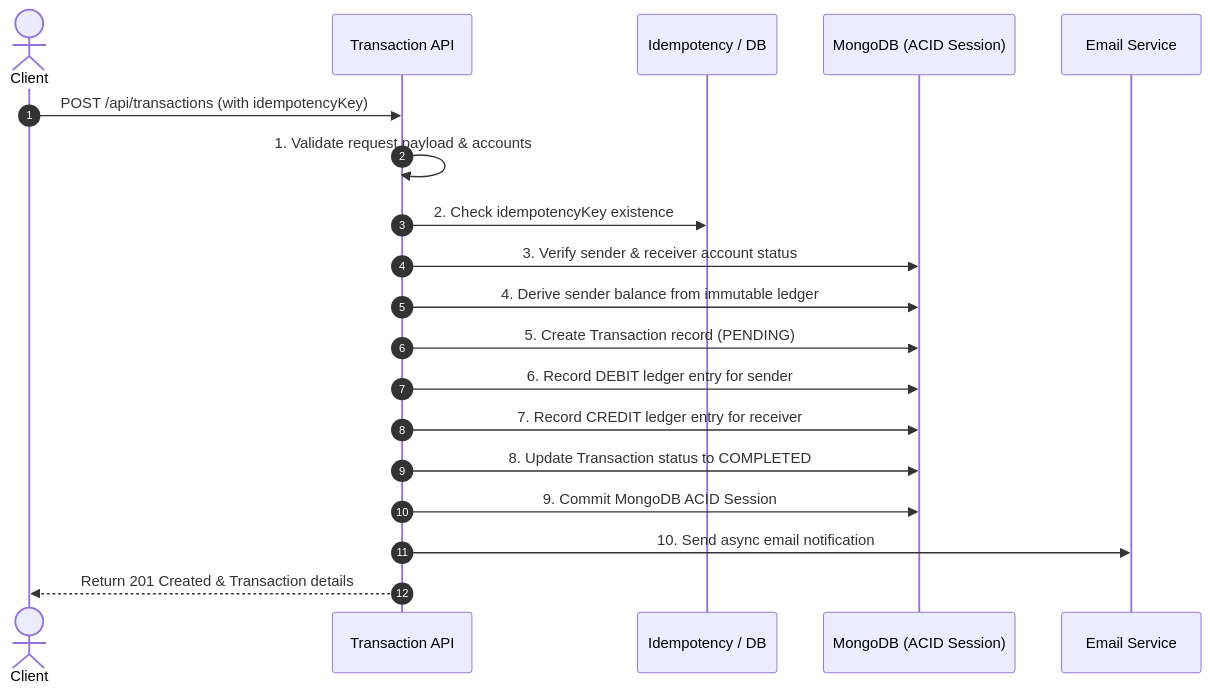
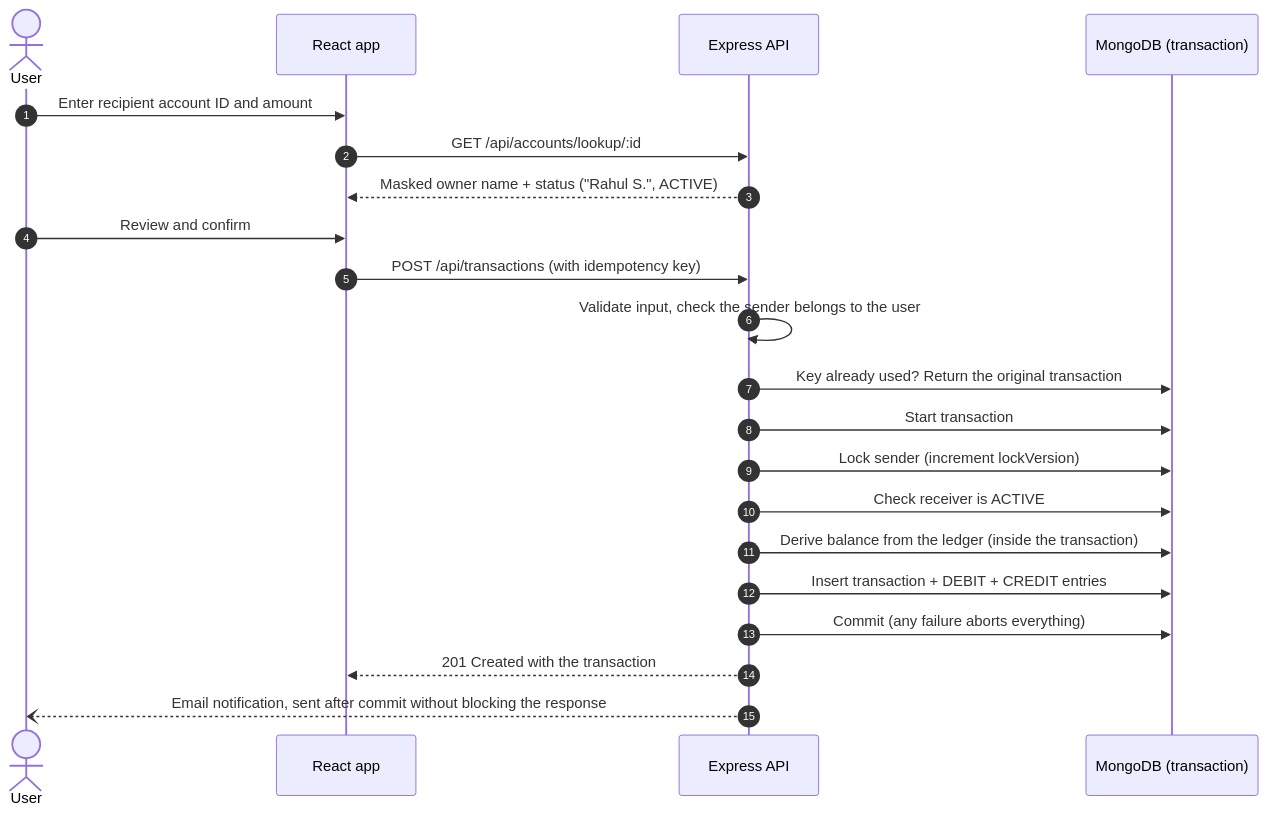
One commit to arungujjar123/Banking-ledger-transaction-management-system changed the diagram in README.md. Above: the diagram before and after it, drawn with Mermaid. The commit also changed other lines of this file and 8 other files, not shown here.

````diff
--- a/README.md
+++ b/README.md
@@ -43,22 +46,24 @@
 ```mermaid
 sequenceDiagram
     autonumber
-    actor User as Client
-    participant API as Transaction API
-    participant Cache as Idempotency / DB
-    participant DB as MongoDB (ACID Session)
-    participant Mail as Email Service
+    actor User
+    participant UI as React app
+    participant API as Express API
+    participant DB as MongoDB (transaction)
 
-    User->>API: POST /api/transactions (with idempotencyKey)
-    API->>API: 1. Validate request payload & accounts
-    API->>Cache: 2. Check idempotencyKey existence
-    API->>DB: 3. Verify sender & receiver account status
-    API->>DB: 4. Derive sender balance from immutable ledger
-    API->>DB: 5. Create Transaction record (PENDING)
-    API->>DB: 6. Record DEBIT ledger entry for sender
-    API->>DB: 7. Record CREDIT ledger entry for receiver
-    API->>DB: 8. Update Transaction status to COMPLETED
-    API->>DB: 9. Commit MongoDB ACID Session
-    API->>Mail: 10. Send async email notification
-    API-->>User: Return 201 Created & Transaction details
+    User->>UI: Enter recipient account ID and amount
+    UI->>API: GET /api/accounts/lookup/:id
+    API-->>UI: Masked owner name + status ("Rahul S.", ACTIVE)
+    User->>UI: Review and confirm
+    UI->>API: POST /api/transactions (with idempotency key)
+    API->>API: Validate input, check the sender belongs to the user
+    API->>DB: Key already used? Return the original transaction
+    API->>DB: Start transaction
+    API->>DB: Lock sender (increment lockVersion)
+    API->>DB: Check receiver is ACTIVE
+    API->>DB: Derive balance from the ledger (inside the transaction)
+    API->>DB: Insert transaction + DEBIT + CREDIT entries
+    API->>DB: Commit (any failure aborts everything)
+    API-->>UI: 201 Created with the transaction
+    API--)User: Email notification, sent after commit without blocking the response
 ```
````
